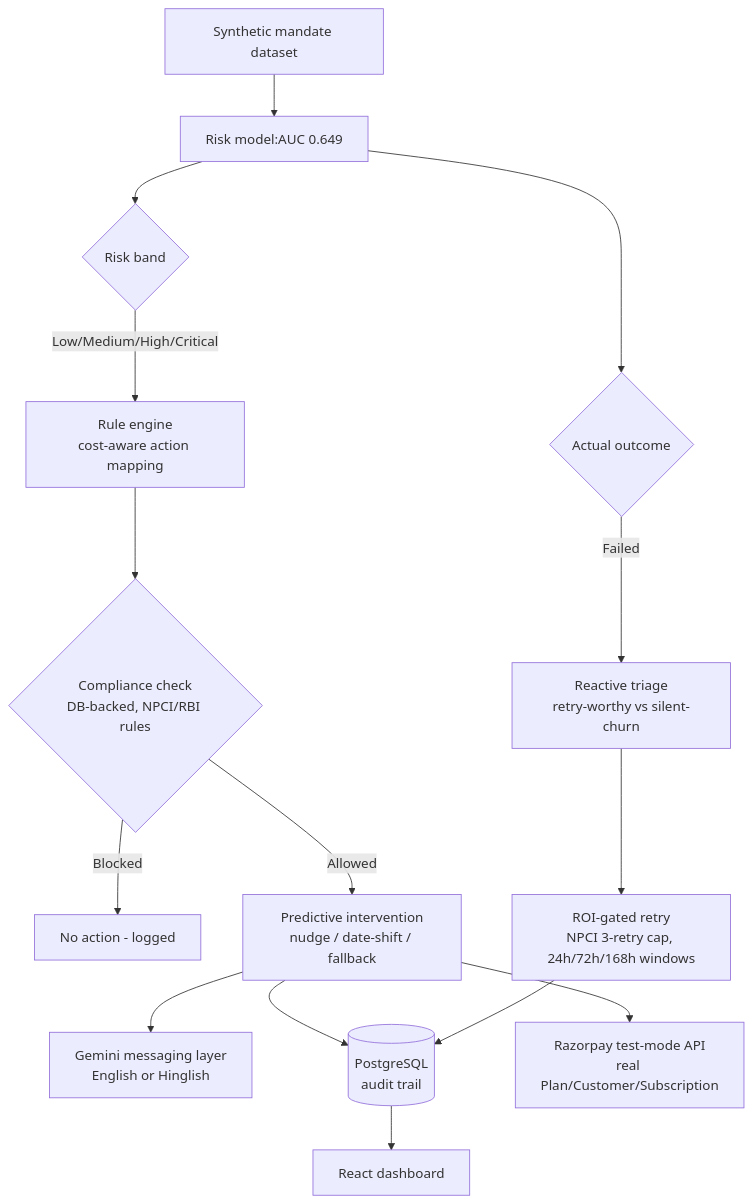
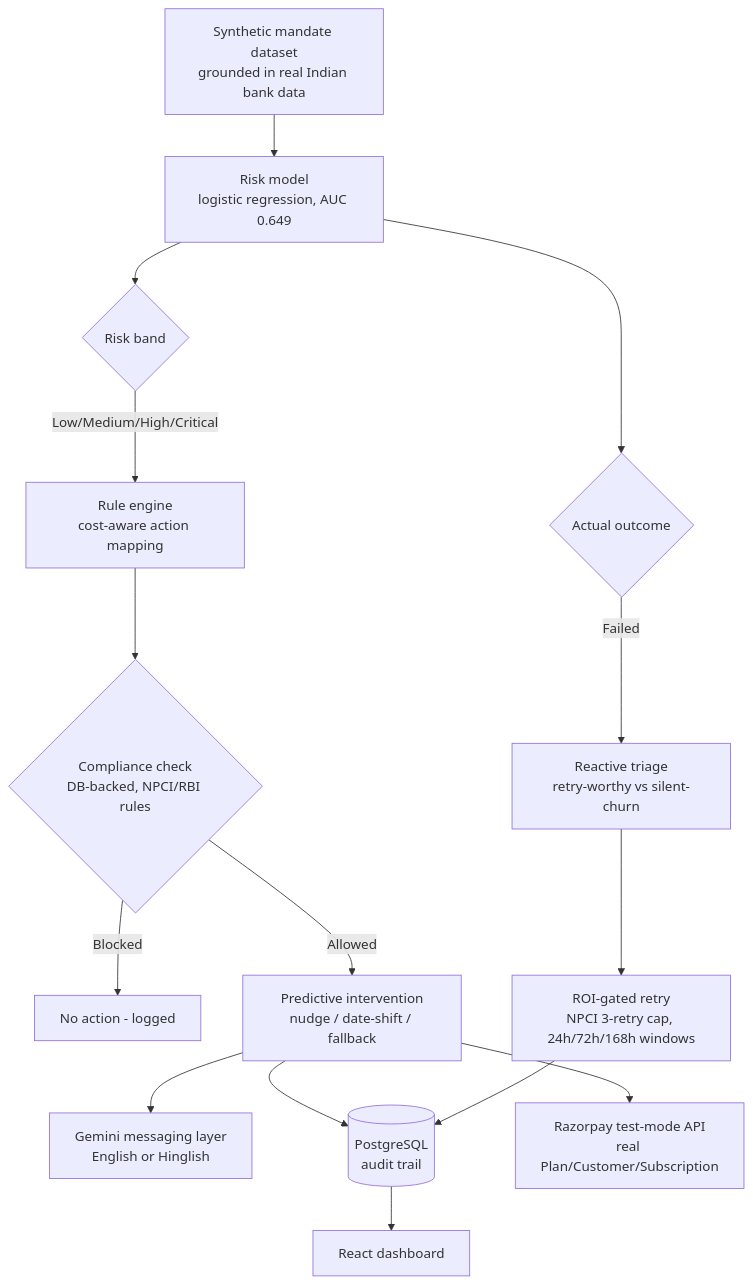
Before and after one commit to thunderbolt3-14/fundguard: the diagram in README.md, drawn with Mermaid.

Commit message:
changes to README.md

````diff
--- a/README.md
+++ b/README.md
@@ -15,17 +15,17 @@
 ```mermaid
 flowchart TD
-    A[Synthetic mandate dataset] --> B[Risk model:AUC 0.649]
+     A["Synthetic mandate dataset<br/>grounded in real Indian bank data"] --> B["Risk model<br/>logistic regression, AUC 0.649"]
     B --> C{Risk band}
     C -->|Low/Medium/High/Critical| D[Rule engine<br/>cost-aware action mapping]
     D --> E{Compliance check<br/>DB-backed, NPCI/RBI rules}
     E -->|Blocked| F[No action - logged]
-    E -->|Allowed| G[Predictive intervention<br/>nudge / date-shift / fallback]
+    E -->|Allowed| G["Predictive intervention<br/>nudge / date-shift / fallback"]
     G --> H[Gemini messaging layer<br/>English or Hinglish]
     B --> I{Actual outcome}
     I -->|Failed| J[Reactive triage<br/>retry-worthy vs silent-churn]
-    J --> K[ROI-gated retry<br/>NPCI 3-retry cap, 24h/72h/168h windows]
+    J --> K["ROI-gated retry<br/>NPCI 3-retry cap, 24h/72h/168h windows"]
     G --> L[(PostgreSQL<br/>audit trail)]
     K --> L
-    G --> M[Razorpay test-mode API<br/>real Plan/Customer/Subscription]
+    G --> M["Razorpay test-mode API<br/>real Plan/Customer/Subscription"]
     L --> N[React dashboard]
 ```
````
